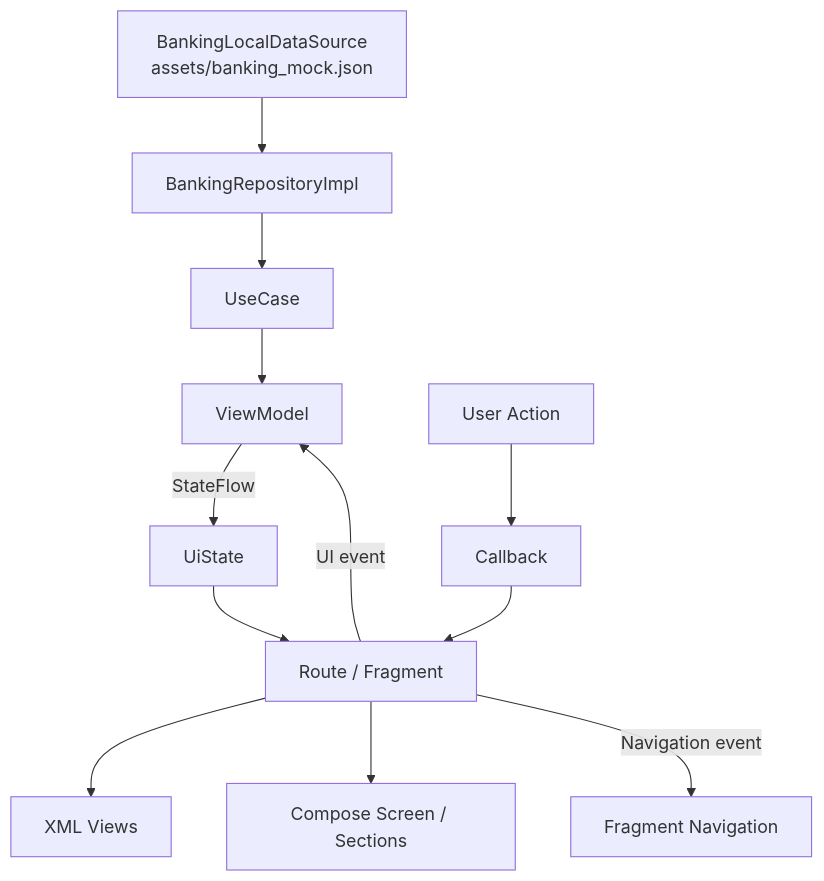
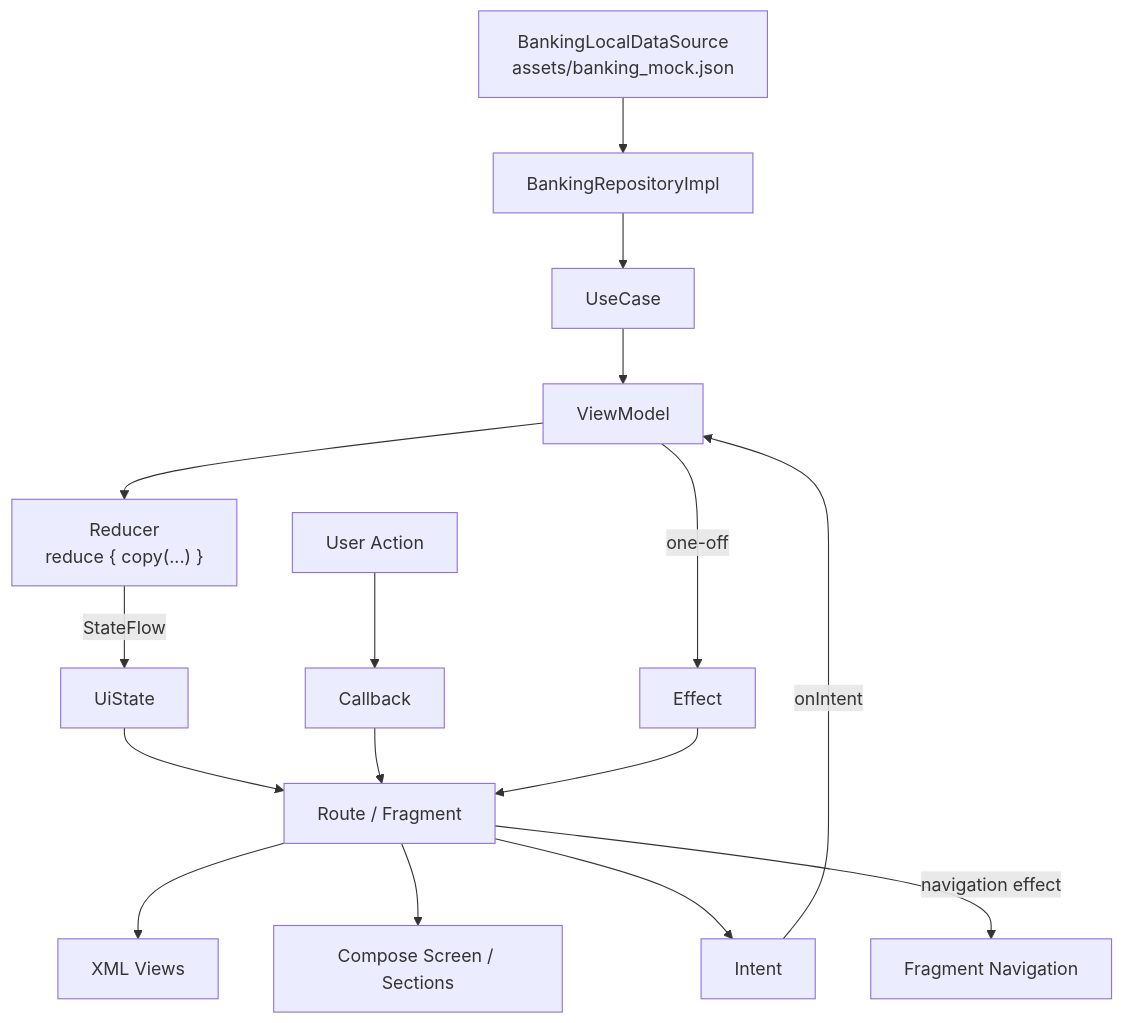
Before and after one commit to onurKuscuogluTD/compose-mimari: the fifth of 5 diagrams in docs/fragment-compose-codebase-mapping.md, drawn with Mermaid. The commit also changed other lines of this file and 20 other files, not shown here.

Commit message:
Add MVI presentation architecture

````diff
--- a/docs/fragment-compose-codebase-mapping.md
+++ b/docs/fragment-compose-codebase-mapping.md
@@ -152,26 +171,33 @@
 ```mermaid
 flowchart TD
     DataSource["BankingLocalDataSource\nassets/banking_mock.json"]
     Repository["BankingRepositoryImpl"]
     UseCase["UseCase"]
+    Intent["Intent"]
     ViewModel["ViewModel"]
+    Reducer["Reducer\nreduce { copy(...) }"]
     UiState["UiState"]
+    Effect["Effect"]
     RouteOrFragment["Route / Fragment"]
     XML["XML Views"]
     Compose["Compose Screen / Sections"]
     User["User Action"]
     Callback["Callback"]
 
     DataSource --> Repository
     Repository --> UseCase
     UseCase --> ViewModel
-    ViewModel -->|"StateFlow<UiState>"| UiState
+    ViewModel --> Reducer
+    Reducer -->|"StateFlow<UiState>"| UiState
     UiState --> RouteOrFragment
     RouteOrFragment --> XML
     RouteOrFragment --> Compose
 
     User --> Callback
     Callback --> RouteOrFragment
-    RouteOrFragment -->|"UI event"| ViewModel
-    RouteOrFragment -->|"Navigation event"| Nav["Fragment Navigation"]
+    RouteOrFragment --> Intent
+    Intent -->|"onIntent"| ViewModel
+    ViewModel -->|"one-off"| Effect
+    Effect --> RouteOrFragment
+    RouteOrFragment -->|"navigation effect"| Nav["Fragment Navigation"]
 ```
````
